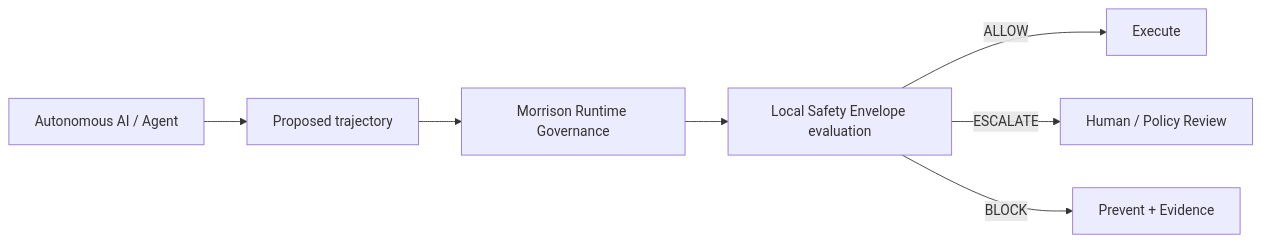
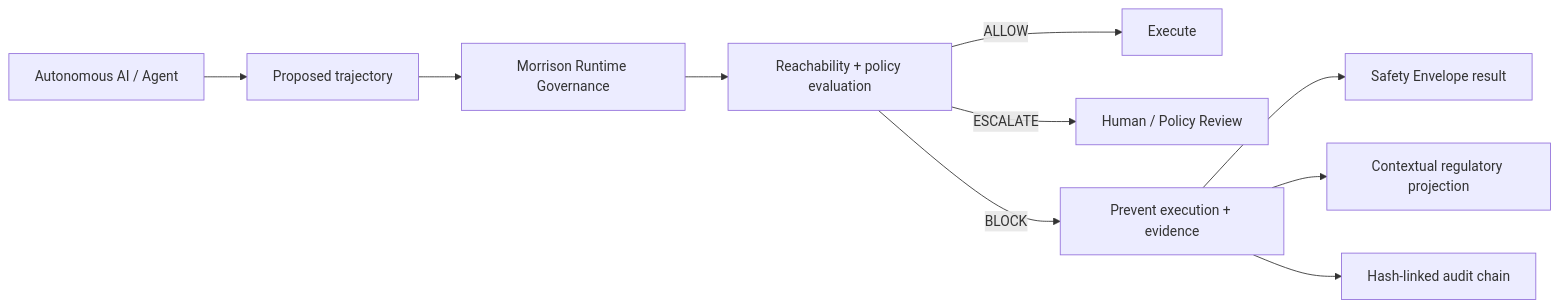
One commit to davarntrades/davarntrades changed the first of 3 diagrams in README.md. Above: the diagram before and after it, drawn with Mermaid. The commit also changed other lines of this file, not shown here.

Commit message:
Update profile README with Safety Envelope, regulatory exposure, audit-chain and causal sufficiency milestones

````diff
--- a/README.md
+++ b/README.md
@@ -76,9 +101,12 @@
 ```mermaid
 flowchart LR
     A[Autonomous AI / Agent] --> T[Proposed trajectory]
     T --> M[Morrison Runtime Governance]
-    M --> E[Local Safety Envelope evaluation]
-    E -->|ALLOW| X[Execute]
-    E -->|ESCALATE| H[Human / Policy Review]
-    E -->|BLOCK| B[Prevent + Evidence]
+    M --> R[Reachability + policy evaluation]
+    R -->|ALLOW| X[Execute]
+    R -->|ESCALATE| H[Human / Policy Review]
+    R -->|BLOCK| B[Prevent execution + evidence]
+    B --> S[Safety Envelope result]
+    B --> C[Contextual regulatory projection]
+    B --> Q[Hash-linked audit chain]
 ```
````
